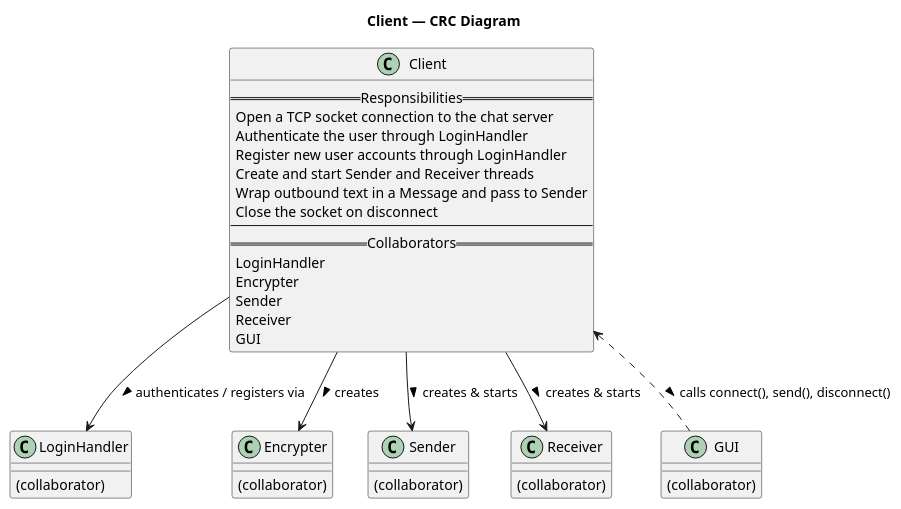
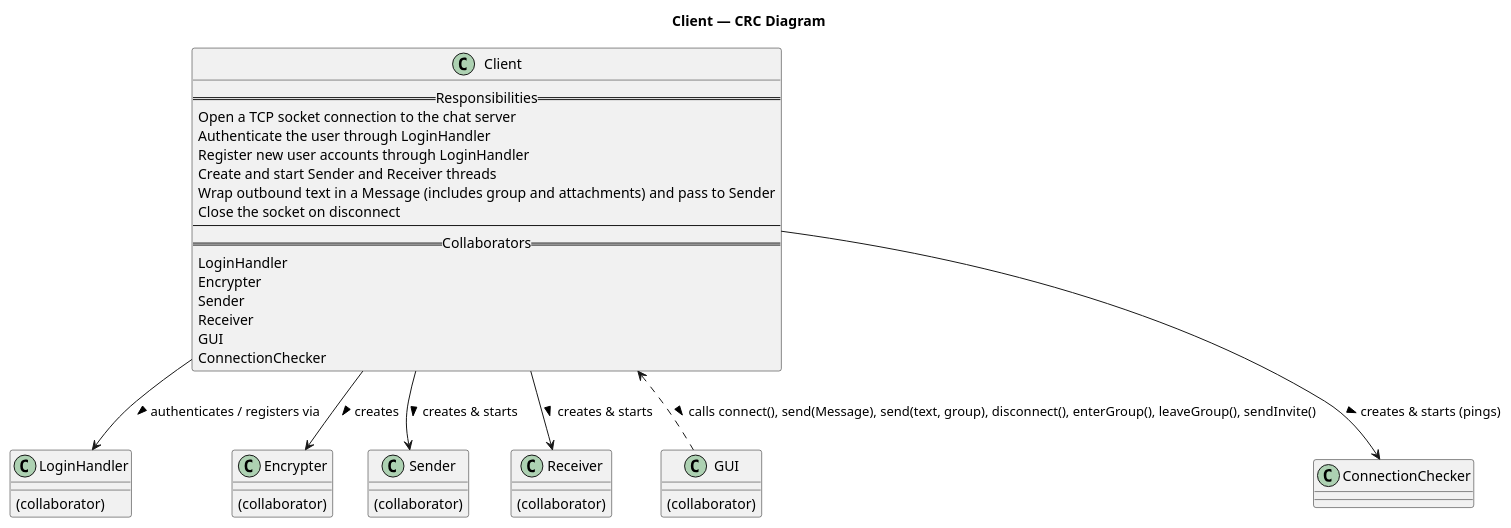
Before and after one commit to phajj/CSC2620_Hajj_Higgins_Palmer: the diagram in docs/CRC/Client_crc_diagram.puml, drawn with PlantUML. The commit also changed 10 other files, not shown here.

```diff
--- a/docs/CRC/Client_crc_diagram.puml
+++ b/docs/CRC/Client_crc_diagram.puml
@@ -1,46 +1,48 @@
 @startuml Client_CRC
 
 title Client — CRC Diagram
 
 
 
 class Client {
   == Responsibilities ==
   Open a TCP socket connection to the chat server
   Authenticate the user through LoginHandler
   Register new user accounts through LoginHandler
   Create and start Sender and Receiver threads
-  Wrap outbound text in a Message and pass to Sender
+  Wrap outbound text in a Message (includes group and attachments) and pass to Sender
   Close the socket on disconnect
   --
   == Collaborators ==
   LoginHandler
   Encrypter
   Sender
   Receiver
   GUI
+  ConnectionChecker
 }
 
 class LoginHandler {
   (collaborator)
 }
 class Encrypter {
   (collaborator)
 }
 class Sender {
   (collaborator)
 }
 class Receiver {
   (collaborator)
 }
 class GUI {
   (collaborator)
 }
 
 Client --> LoginHandler : authenticates / registers via >
 Client --> Encrypter    : creates >
 Client --> Sender       : creates & starts >
 Client --> Receiver     : creates & starts >
-Client <.. GUI          : calls connect(), send(), disconnect() >
+Client --> ConnectionChecker : creates & starts (pings) >
+Client <.. GUI          : calls connect(), send(Message), send(text, group), disconnect(), enterGroup(), leaveGroup(), sendInvite() >
 
 @enduml
```
